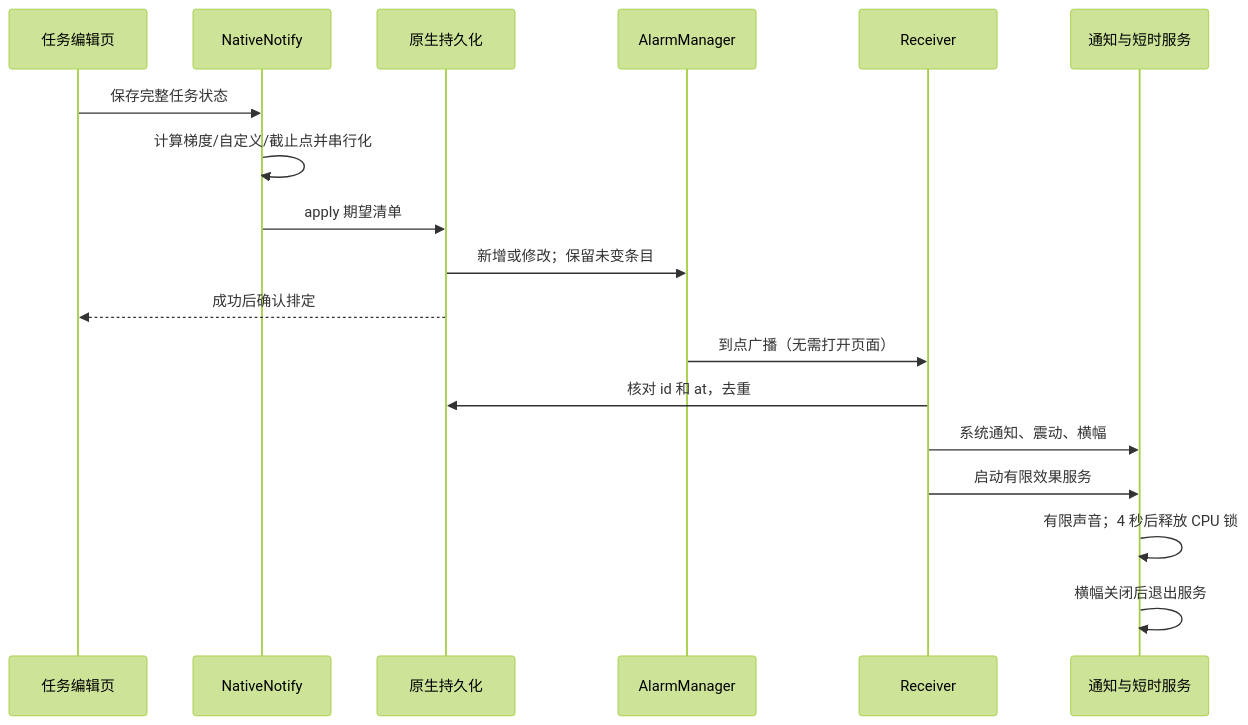
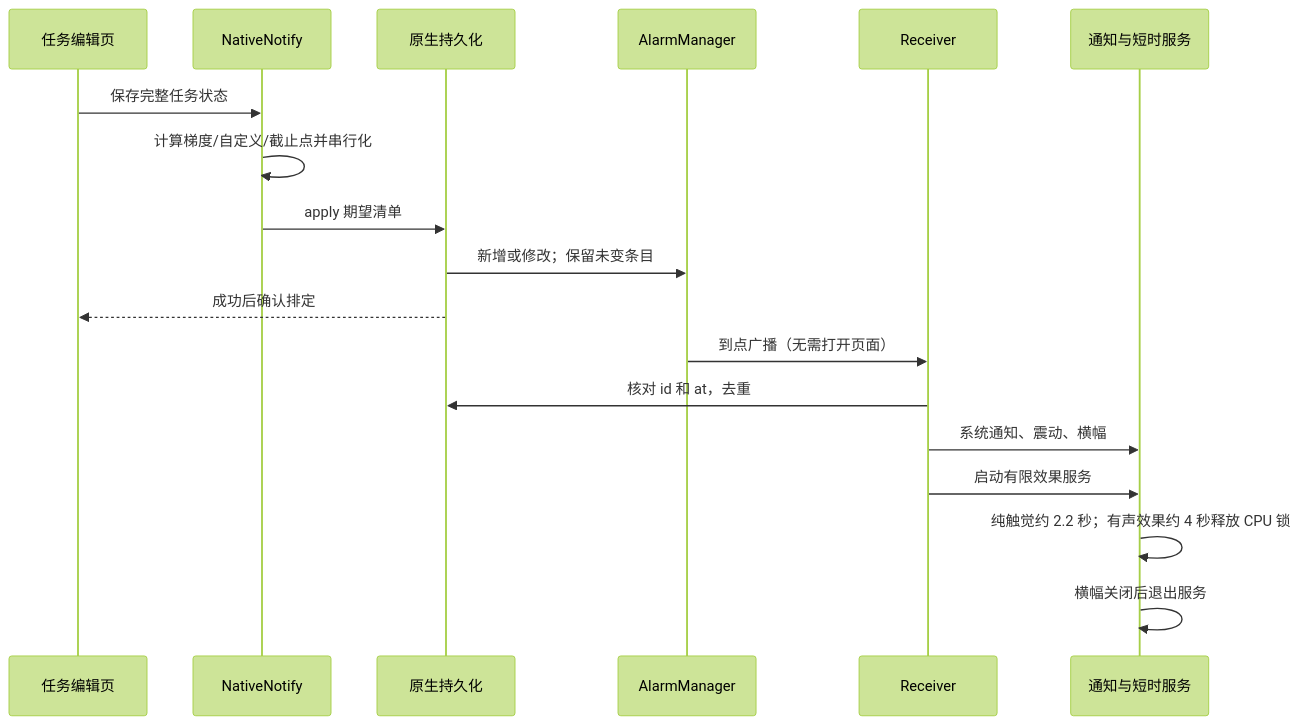
The diagram in docs/ARCHITECTURE.md (lhw366/ddl-radar-app), drawn with Mermaid (forest theme) before and after one commit. The commit also changed other lines of this file and 24 other files, not shown here.

````diff
--- a/docs/ARCHITECTURE.md
+++ b/docs/ARCHITECTURE.md
@@ -5,20 +5,20 @@
 ```mermaid
 sequenceDiagram
   participant UI as 任务编辑页
   participant JS as NativeNotify
   participant DB as 原生持久化
   participant AM as AlarmManager
   participant RX as Receiver
   participant FX as 通知与短时服务
   UI->>JS: 保存完整任务状态
   JS->>JS: 计算梯度/自定义/截止点并串行化
   JS->>DB: apply 期望清单
   DB->>AM: 新增或修改；保留未变条目
   DB-->>UI: 成功后确认排定
   AM->>RX: 到点广播（无需打开页面）
   RX->>DB: 核对 id 和 at，去重
   RX->>FX: 系统通知、震动、横幅
   RX->>FX: 启动有限效果服务
-  FX->>FX: 有限声音；4 秒后释放 CPU 锁
+  FX->>FX: 纯触觉约 2.2 秒；有声效果约 4 秒释放 CPU 锁
   FX->>FX: 横幅关闭后退出服务
 ```
````
